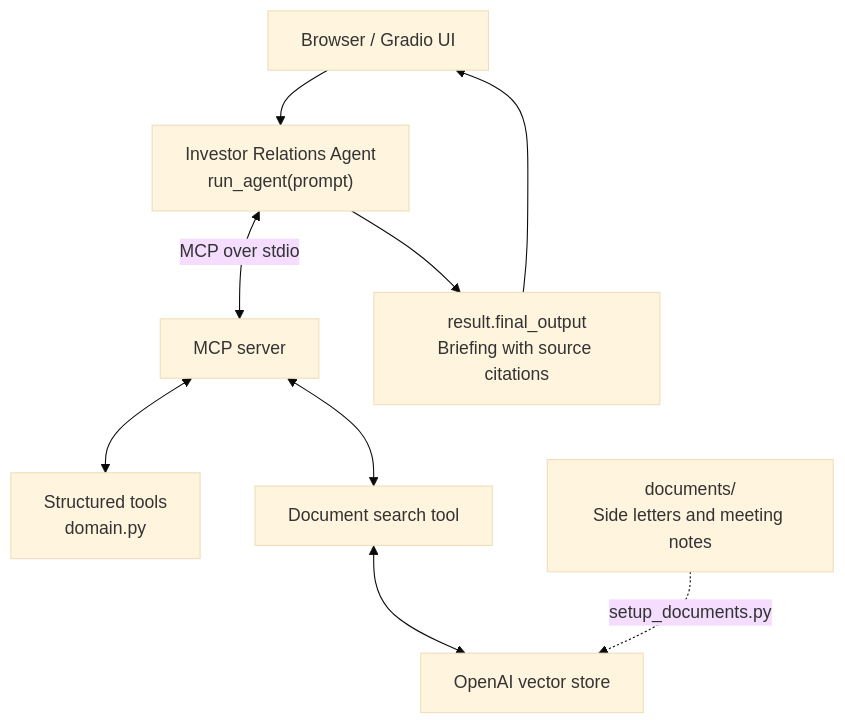
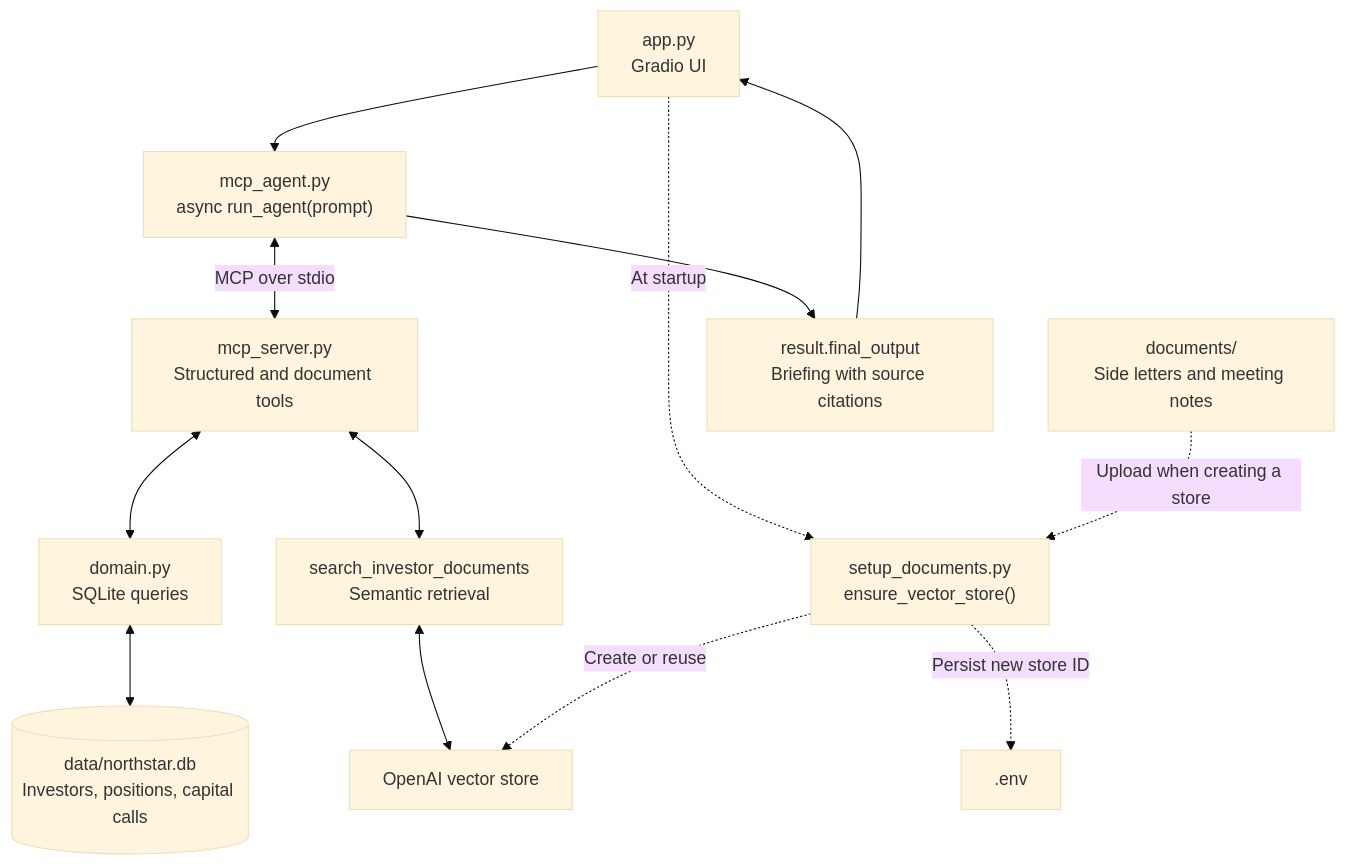
Before and after one commit to HectorFraireSanchez/gp-investor-relations-agent: the diagram in README.md, drawn with Mermaid (base theme). The commit also changed other lines of this file and 11 other files, not shown here.

Commit message:
Replace Python dictionaries with SQLite database to store structured investor data. Streamlined vector store setup.

````diff
--- a/README.md
+++ b/README.md
@@ -36,11 +36,15 @@
 ```mermaid
 flowchart TD
-    UI["Browser / Gradio UI"] --> A["Investor Relations Agent<br/>run_agent(prompt)"]
-    A <-->|MCP over stdio| M["MCP server"]
-    M <--> D["Structured tools<br/>domain.py"]
-    M <--> S["Document search tool"]
+    UI["app.py<br/>Gradio UI"] --> A["mcp_agent.py<br/>async run_agent(prompt)"]
+    A <-->|MCP over stdio| M["mcp_server.py<br/>Structured and document tools"]
+    M <--> D["domain.py<br/>SQLite queries"]
+    D <--> DB[("data/northstar.db<br/>Investors, positions, capital calls")]
+    M <--> S["search_investor_documents<br/>Semantic retrieval"]
     S <--> V["OpenAI vector store"]
-    F["documents/<br/>Side letters and meeting notes"] -.->|setup_documents.py| V
+    UI -.->|At startup| SETUP["setup_documents.py<br/>ensure_vector_store()"]
+    F["documents/<br/>Side letters and meeting notes"] -.->|Upload when creating a store| SETUP
+    SETUP -.->|Create or reuse| V
+    SETUP -.->|Persist new store ID| ENV[".env"]
     A --> R["result.final_output<br/>Briefing with source citations"]
     R --> UI
 ```
````
